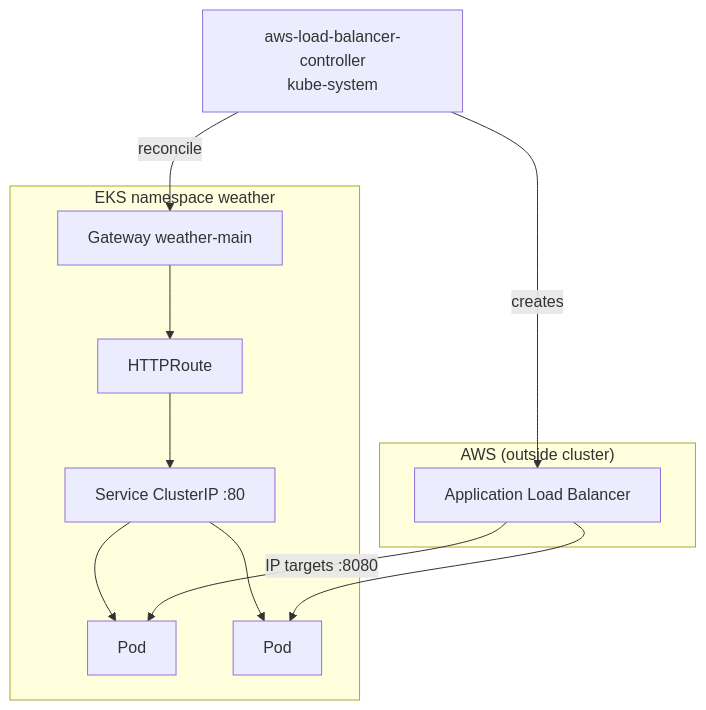
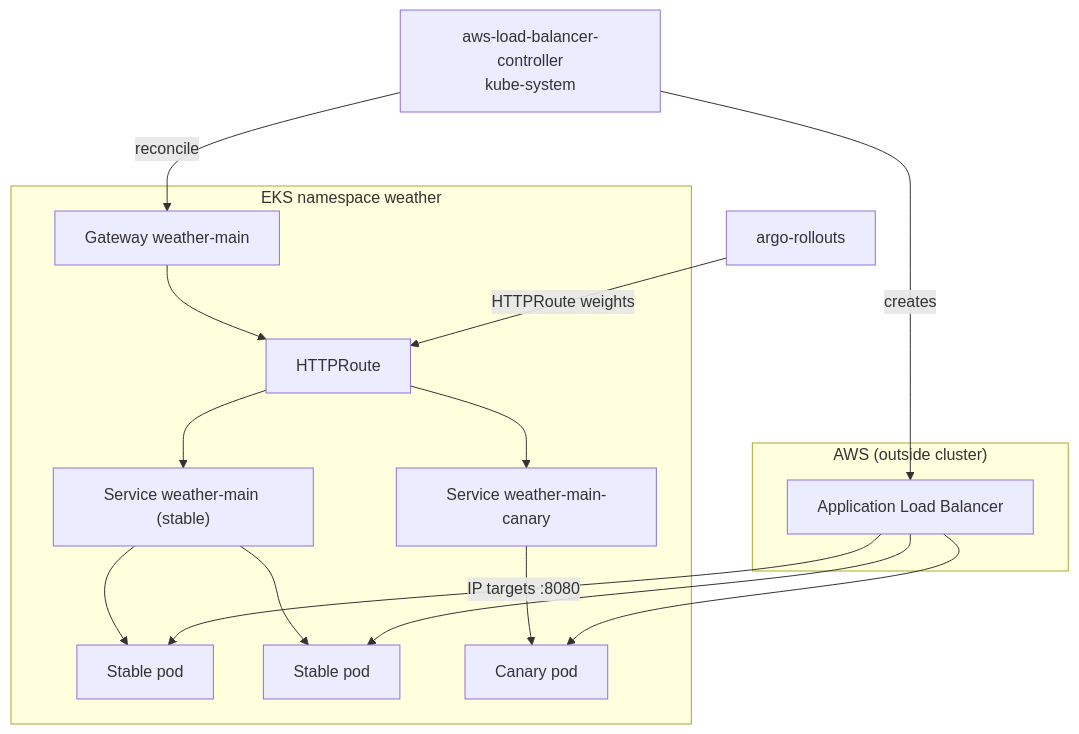
One commit to evyatare92/aws-project changed the diagram in docs/architecture/kubernetes-and-gateway.md. Above: the diagram before and after it, drawn with Mermaid. The commit also changed other lines of this file and 19 other files, not shown here.

Commit message:
move to argo rollouts

````diff
--- a/docs/architecture/kubernetes-and-gateway.md
+++ b/docs/architecture/kubernetes-and-gateway.md
@@ -82,25 +82,32 @@
 ```mermaid
 flowchart TB
   subgraph AWS["AWS (outside cluster)"]
     ALB["Application Load Balancer"]
   end
 
   subgraph K8s["EKS namespace weather"]
     GW["Gateway weather-main"]
     HR["HTTPRoute"]
-    SVC["Service ClusterIP :80"]
-    POD1["Pod"]
-    POD2["Pod"]
+    SVC["Service weather-main (stable)"]
+    SVC2["Service weather-main-canary"]
+    POD1["Stable pod"]
+    POD2["Stable pod"]
+    PODC["Canary pod"]
   end
 
   LBC["aws-load-balancer-controller\nkube-system"]
+  RO["argo-rollouts"]
 
   LBC -->|"reconcile"| GW
   LBC -->|"creates"| ALB
   GW --> HR
   HR --> SVC
+  HR --> SVC2
   SVC --> POD1
   SVC --> POD2
+  SVC2 --> PODC
   ALB -->|"IP targets :8080"| POD1
   ALB --> POD2
+  ALB --> PODC
+  RO -->|"HTTPRoute weights"| HR
 ```
````
